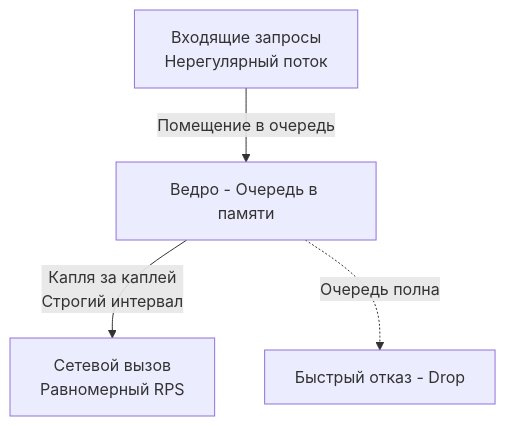
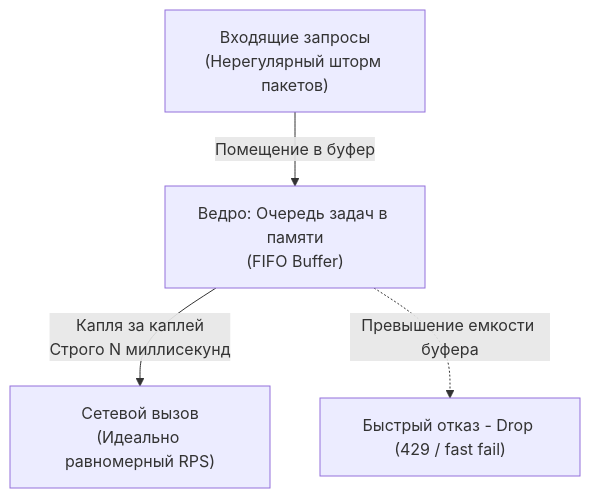
The second of 4 diagrams in sources/14. Распределенные системы на Go/06. Сеть/5. Traffic shaping.md (UnrealTemplier/go-textbook), drawn with Mermaid before and after one commit. The commit also changed other lines of this file, not shown here.

````diff
--- a/sources/14. Распределенные системы на Go/06. Сеть/5. Traffic shaping.md
+++ b/sources/14. Распределенные системы на Go/06. Сеть/5. Traffic shaping.md
@@ -34,7 +59,7 @@
 ```mermaid
 flowchart TD
-    In["Входящие запросы<br>Нерегулярный поток"] -->|"Помещение в очередь"| Bucket["Ведро - Очередь в памяти"]
-    Bucket -->|"Капля за каплей<br>Строгий интервал"| Out["Сетевой вызов<br>Равномерный RPS"]
+    In["Входящие запросы<br>(Нерегулярный шторм пакетов)"] -->|"Помещение в буфер"| Bucket["Ведро: Очередь задач в памяти<br>(FIFO Buffer)"]
+    Bucket -->|"Капля за каплей<br>Строго N миллисекунд"| Out["Сетевой вызов<br>(Идеально равномерный RPS)"]
     
-    Bucket -.->|"Очередь полна"| Overflow["Быстрый отказ - Drop"]
+    Bucket -.->|"Превышение емкости буфера"| Overflow["Быстрый отказ - Drop (429 / fast fail)"]
 ```
````
